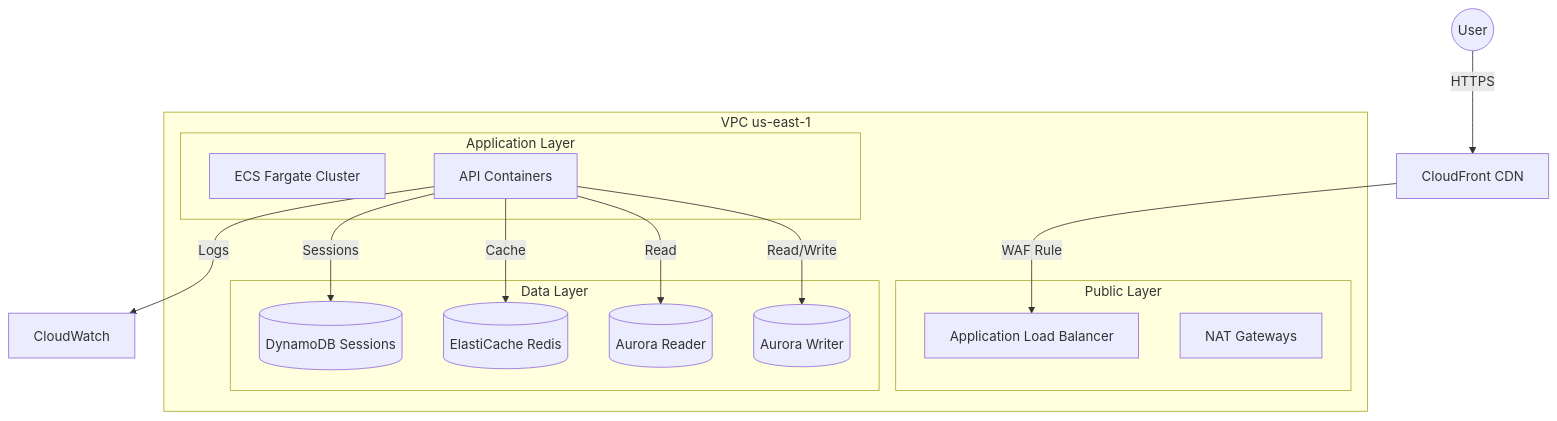
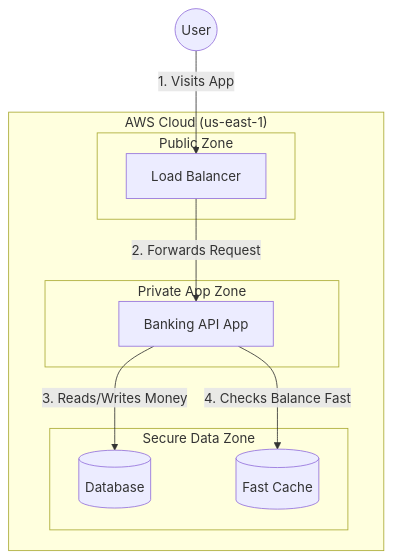
Before and after one commit to mhmudyasien/aws-project: the diagram in README.md, drawn with Mermaid. The commit also changed other lines of this file and 4 other files, not shown here.

````diff
--- a/README.md
+++ b/README.md
@@ -27,30 +26,23 @@
 ```mermaid
 graph TD
-    User((User)) -->|HTTPS| CF[CloudFront CDN]
-    CF -->|WAF Rule| ALB[Application Load Balancer]
+    User((User)) -->|1. Visits App| ALB[Load Balancer]
     
-    subgraph VPC [VPC us-east-1]
-        subgraph Public_Subnets [Public Layer]
+    subgraph "AWS Cloud (us-east-1)"
+        subgraph "Public Zone"
             ALB
-            NAT[NAT Gateways]
         end
         
-        subgraph App_Subnets [Application Layer]
-            ECS[ECS Fargate Cluster]
-            API[API Containers]
+        subgraph "Private App Zone"
+            API[Banking API App]
         end
         
-        subgraph Data_Subnets [Data Layer]
-            Writer[(Aurora Writer)]
-            Reader[(Aurora Reader)]
-            Redis[(ElastiCache Redis)]
-            DDB[(DynamoDB Sessions)]
+        subgraph "Secure Data Zone"
+            DB[(Database)]
+            Cache[(Fast Cache)]
         end
     end
     
-    API -->|Read/Write| Writer
-    API -->|Read| Reader
-    API -->|Cache| Redis
-    API -->|Sessions| DDB
-    API -->|Logs| CW[CloudWatch]
+    ALB -->|2. Forwards Request| API
+    API -->|3. Reads/Writes Money| DB
+    API -->|4. Checks Balance Fast| Cache
 ```
````
